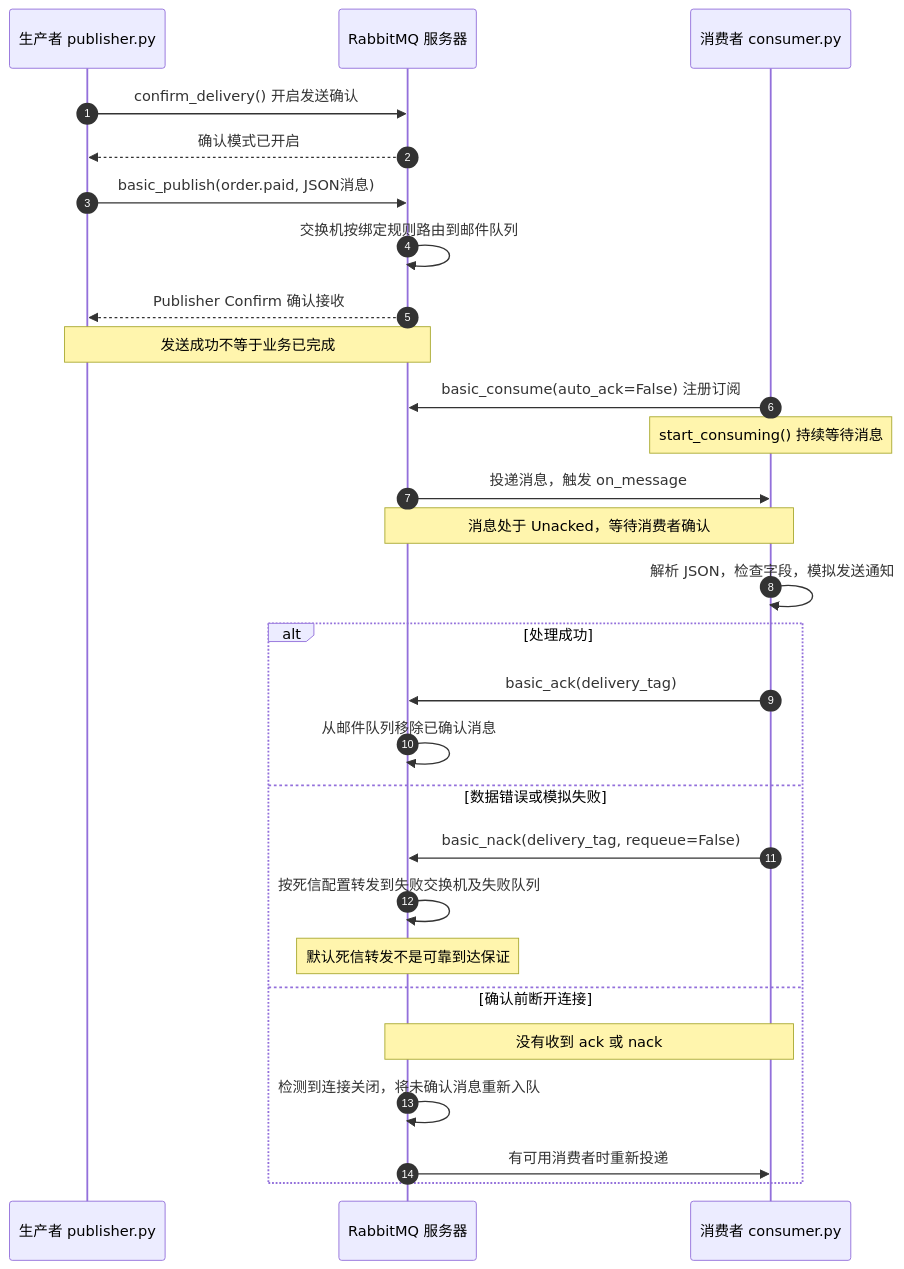
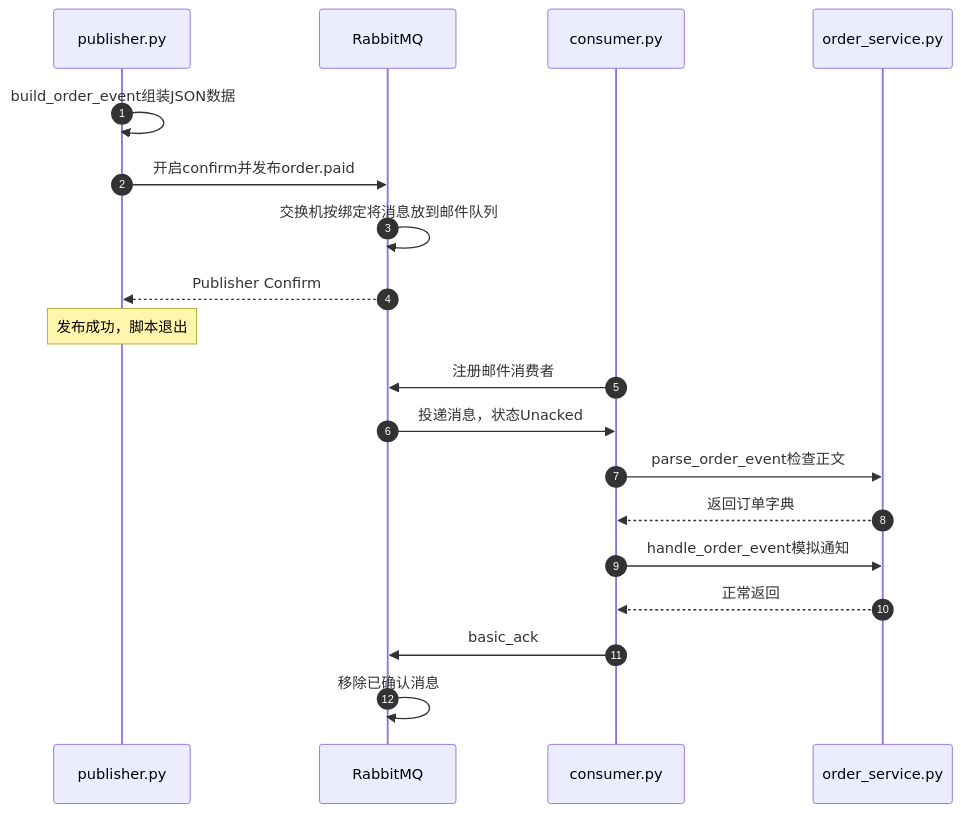
One commit to tianshiyang/ai-lab changed the sixth of 14 diagrams in rabbitMQ学习/README.md. Above: the diagram before and after it, drawn with Mermaid. The commit also changed other lines of this file and 12 other files, not shown here.

````diff
--- a/rabbitMQ学习/README.md
+++ b/rabbitMQ学习/README.md
@@ -553,31 +621,21 @@
 ```mermaid
 sequenceDiagram
     autonumber
-    participant P as 生产者 publisher.py
-    participant R as RabbitMQ 服务器
-    participant C as 消费者 consumer.py
-
-    P->>R: confirm_delivery() 开启发送确认
-    R-->>P: 确认模式已开启
-    P->>R: basic_publish(order.paid, JSON消息)
-    R->>R: 交换机按绑定规则路由到邮件队列
-    R-->>P: Publisher Confirm 确认接收
-    Note over P,R: 发送成功不等于业务已完成
-    C->>R: basic_consume(auto_ack=False) 注册订阅
-    Note over C: start_consuming() 持续等待消息
-    R->>C: 投递消息，触发 on_message
-    Note over R,C: 消息处于 Unacked，等待消费者确认
-    C->>C: 解析 JSON，检查字段，模拟发送通知
-    alt 处理成功
-        C->>R: basic_ack(delivery_tag)
-        R->>R: 从邮件队列移除已确认消息
-    else 数据错误或模拟失败
-        C->>R: basic_nack(delivery_tag, requeue=False)
-        R->>R: 按死信配置转发到失败交换机及失败队列
-        Note over R: 默认死信转发不是可靠到达保证
-    else 确认前断开连接
-        Note over C,R: 没有收到 ack 或 nack
-        R->>R: 检测到连接关闭，将未确认消息重新入队
-        R->>C: 有可用消费者时重新投递
-    end
+    participant P as publisher.py
+    participant R as RabbitMQ
+    participant C as consumer.py
+    participant S as order_service.py
+    P->>P: build_order_event组装JSON数据
+    P->>R: 开启confirm并发布order.paid
+    R->>R: 交换机按绑定将消息放到邮件队列
+    R-->>P: Publisher Confirm
+    Note over P: 发布成功，脚本退出
+    C->>R: 注册邮件消费者
+    R->>C: 投递消息，状态Unacked
+    C->>S: parse_order_event检查正文
+    S-->>C: 返回订单字典
+    C->>S: handle_order_event模拟通知
+    S-->>C: 正常返回
+    C->>R: basic_ack
+    R->>R: 移除已确认消息
 ```
````
